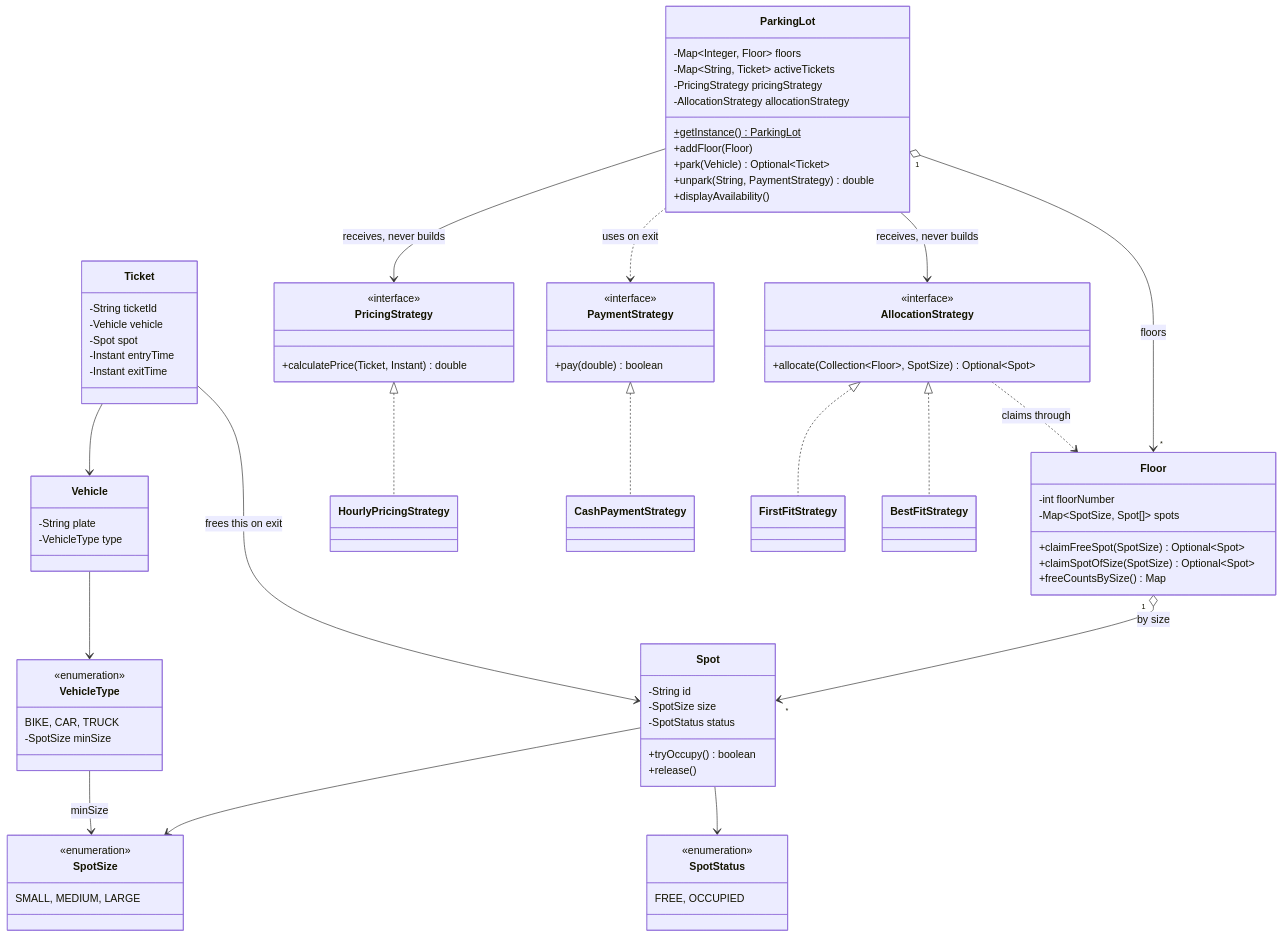
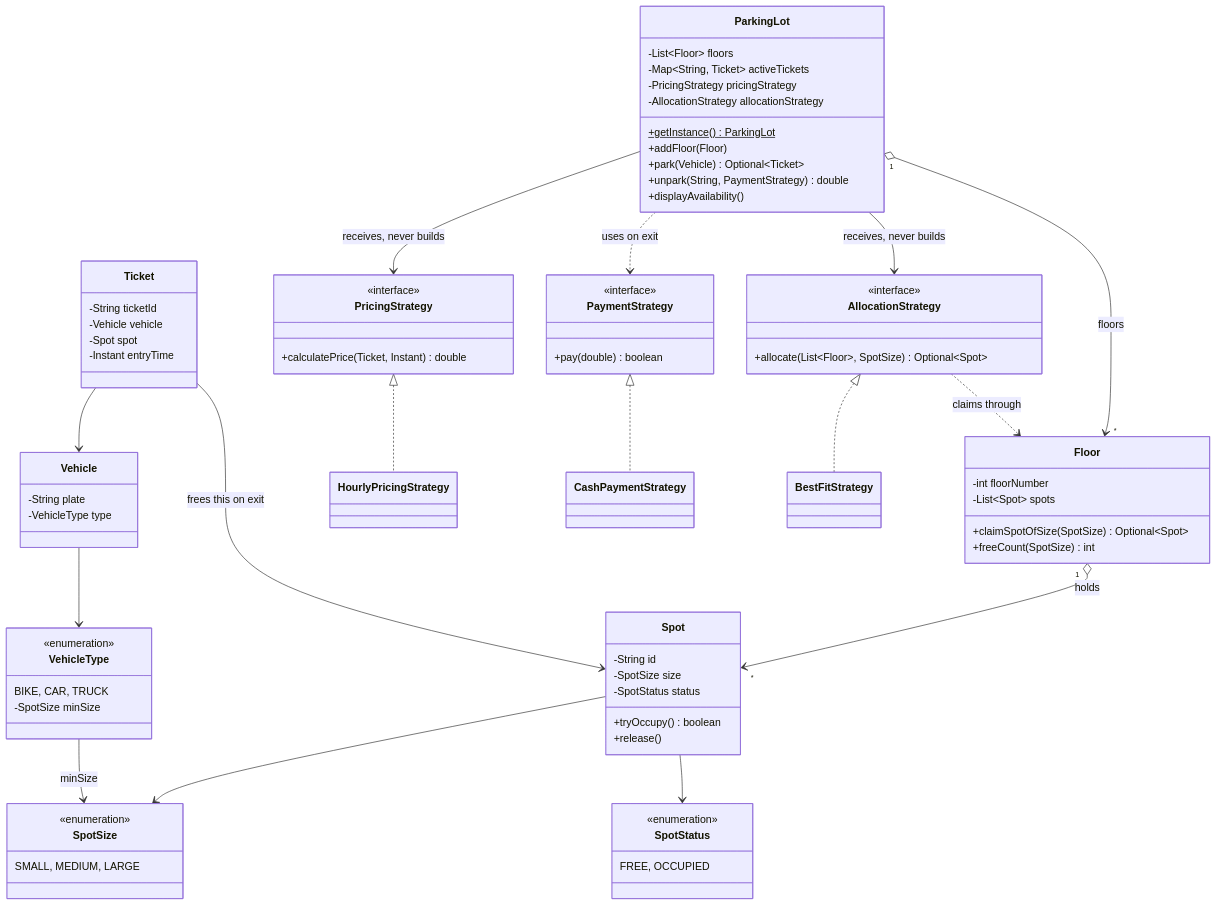
The second of 2 diagrams in Low Level Design/Case Studies/A - Domain Modeling/01 Parking Lot Design.md (Dummy-Bug/system-design-handbook), drawn with Mermaid before and after one commit. The commit also changed other lines of this file and 11 other files, not shown here.

````diff
--- a/Low Level Design/Case Studies/A - Domain Modeling/01 Parking Lot Design.md
+++ b/Low Level Design/Case Studies/A - Domain Modeling/01 Parking Lot Design.md
@@ -268,7 +290,7 @@
     direction TB
 
     class ParkingLot {
-        -Map~Integer, Floor~ floors
+        -List~Floor~ floors
         -Map~String, Ticket~ activeTickets
         -PricingStrategy pricingStrategy
         -AllocationStrategy allocationStrategy
@@ -280,10 +302,9 @@
     }
     class Floor {
         -int floorNumber
-        -Map~SpotSize, Spot[]~ spots
-        +claimFreeSpot(SpotSize) Optional~Spot~
+        -List~Spot~ spots
         +claimSpotOfSize(SpotSize) Optional~Spot~
-        +freeCountsBySize() Map
+        +freeCount(SpotSize) int
     }
     class Spot {
         -String id
@@ -297,7 +318,6 @@
         -Vehicle vehicle
         -Spot spot
         -Instant entryTime
-        -Instant exitTime
     }
     class Vehicle {
         -String plate
@@ -326,14 +346,14 @@
     }
     class AllocationStrategy {
         <<interface>>
-        +allocate(Collection~Floor~, SpotSize) Optional~Spot~
+        +allocate(List~Floor~, SpotSize) Optional~Spot~
     }
 
     ParkingLot "1" o--> "*" Floor : floors
     ParkingLot --> PricingStrategy : receives, never builds
     ParkingLot --> AllocationStrategy : receives, never builds
     ParkingLot ..> PaymentStrategy : uses on exit
-    Floor "1" o--> "*" Spot : by size
+    Floor "1" o--> "*" Spot : holds
     Spot --> SpotSize
     Spot --> SpotStatus
     Ticket --> Spot : frees this on exit
@@ -343,6 +363,5 @@
     AllocationStrategy ..> Floor : claims through
     PricingStrategy <|.. HourlyPricingStrategy
     PaymentStrategy <|.. CashPaymentStrategy
-    AllocationStrategy <|.. FirstFitStrategy
     AllocationStrategy <|.. BestFitStrategy
 ```
````
